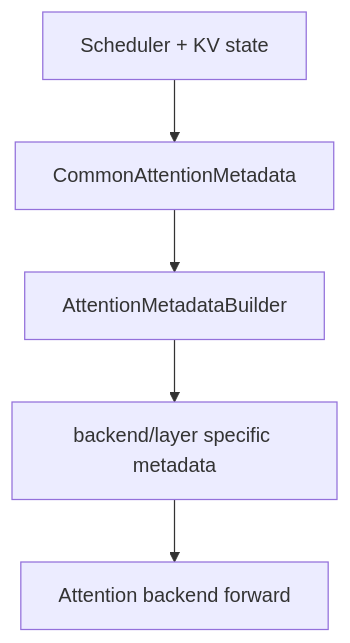
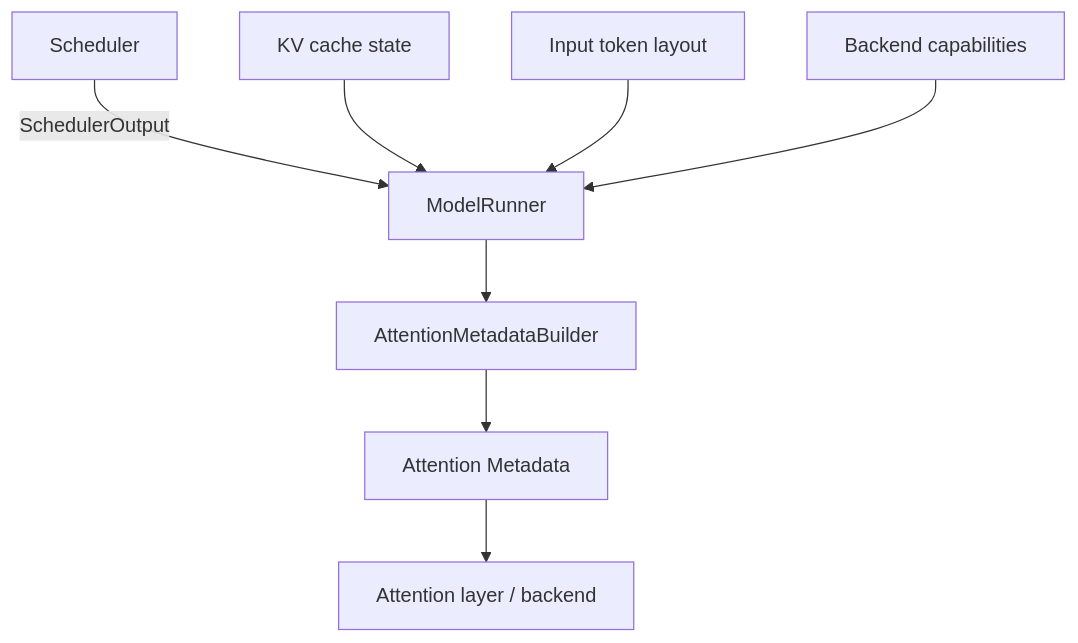
Before and after one commit to arganzheng/arganzheng.github.com: diagram 24 of 32 in _posts/2026-08-15-deep-dive-into-vllm.md, drawn with Mermaid. The commit also changed other lines of this file, not shown here.

````diff
--- a/_posts/2026-08-15-deep-dive-into-vllm.md
+++ b/_posts/2026-08-15-deep-dive-into-vllm.md
@@ -6563,7 +6844,10 @@
 ```mermaid
 flowchart TD
-    A[Scheduler + KV state] --> B[CommonAttentionMetadata]
-    B --> C[AttentionMetadataBuilder]
-    C --> D[backend/layer specific metadata]
-    D --> E[Attention backend forward]
+    S[Scheduler] -->|SchedulerOutput| R[ModelRunner]
+    K[KV cache state] --> R
+    I[Input token layout] --> R
+    C[Backend capabilities] --> R
+    R --> B[AttentionMetadataBuilder]
+    B --> M[Attention Metadata]
+    M --> A[Attention layer / backend]
 ```
````
